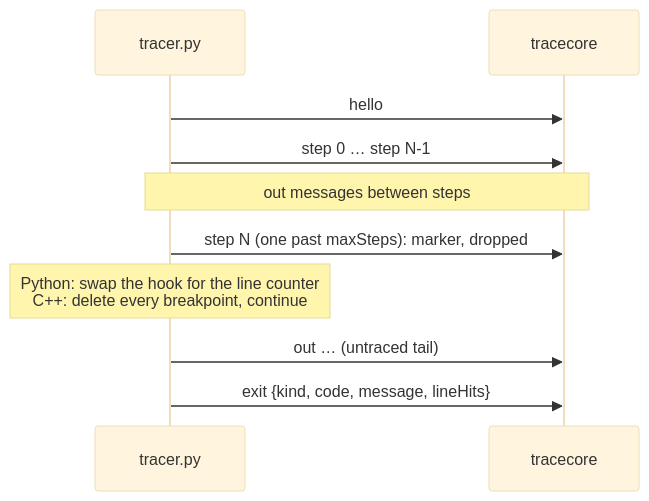
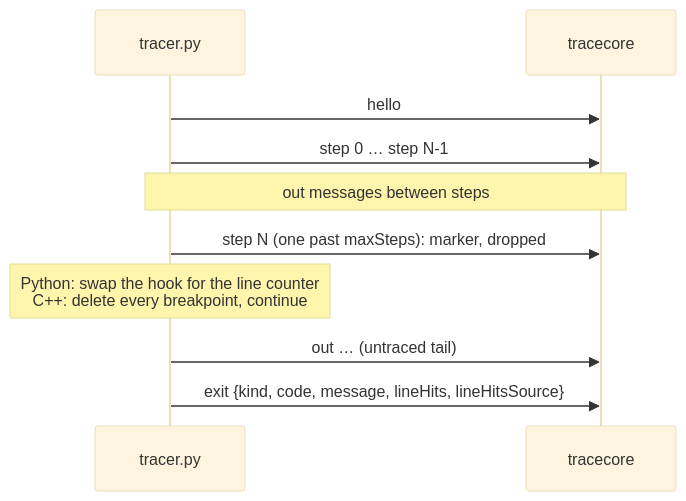
Before and after one commit to tu-hm/code-viz: the second of 2 diagrams in docs/backend/architecture/tracing.md, drawn with Mermaid (base theme). The commit also changed other lines of this file and 6 other files, not shown here.

Commit message:
docs: describe whole-run line hits, the tail object and trace options

````diff
--- a/docs/backend/architecture/tracing.md
+++ b/docs/backend/architecture/tracing.md
@@ -146,12 +149,12 @@
 ```mermaid
 sequenceDiagram
   participant T as tracer.py
   participant C as tracecore
   T->>C: hello
   T->>C: step 0 … step N-1
   Note over T,C: out messages between steps
   T->>C: step N (one past maxSteps): marker, dropped
   Note over T: Python: swap the hook for the line counter<br/>C++: delete every breakpoint, continue
   T->>C: out … (untraced tail)
-  T->>C: exit {kind, code, message, lineHits}
+  T->>C: exit {kind, code, message, lineHits, lineHitsSource}
 ```
````
